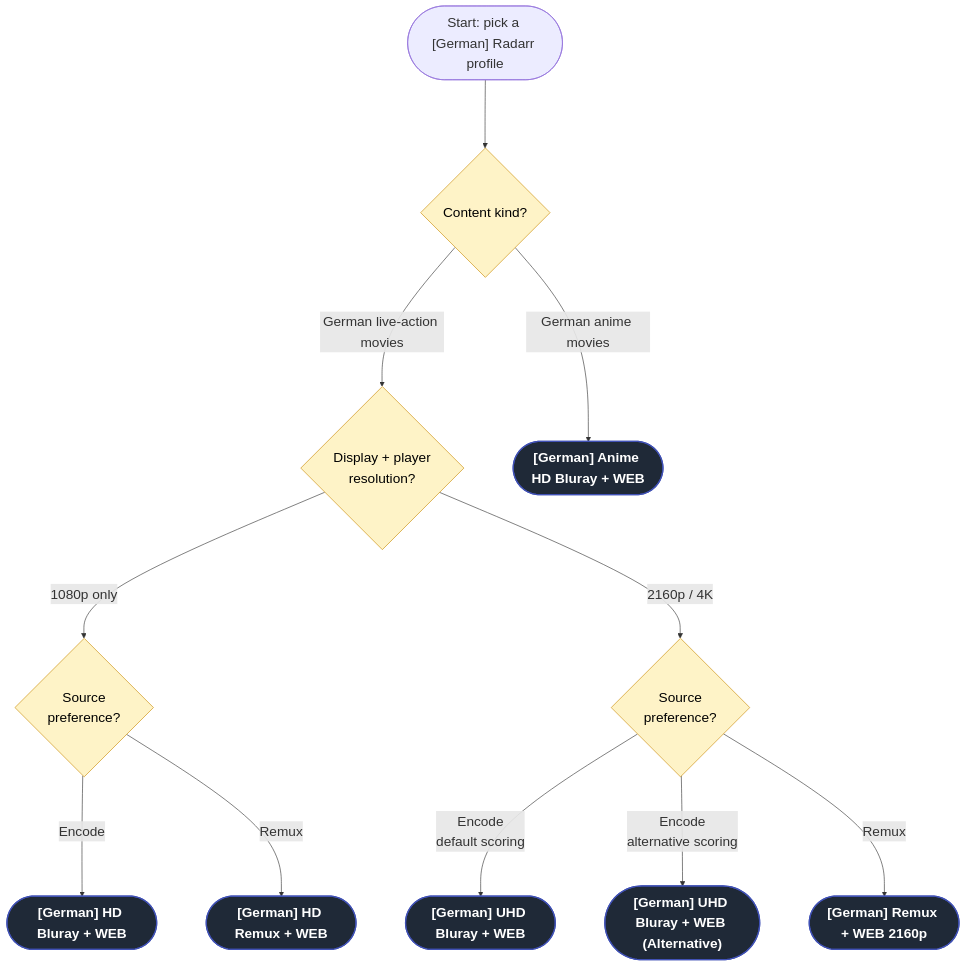
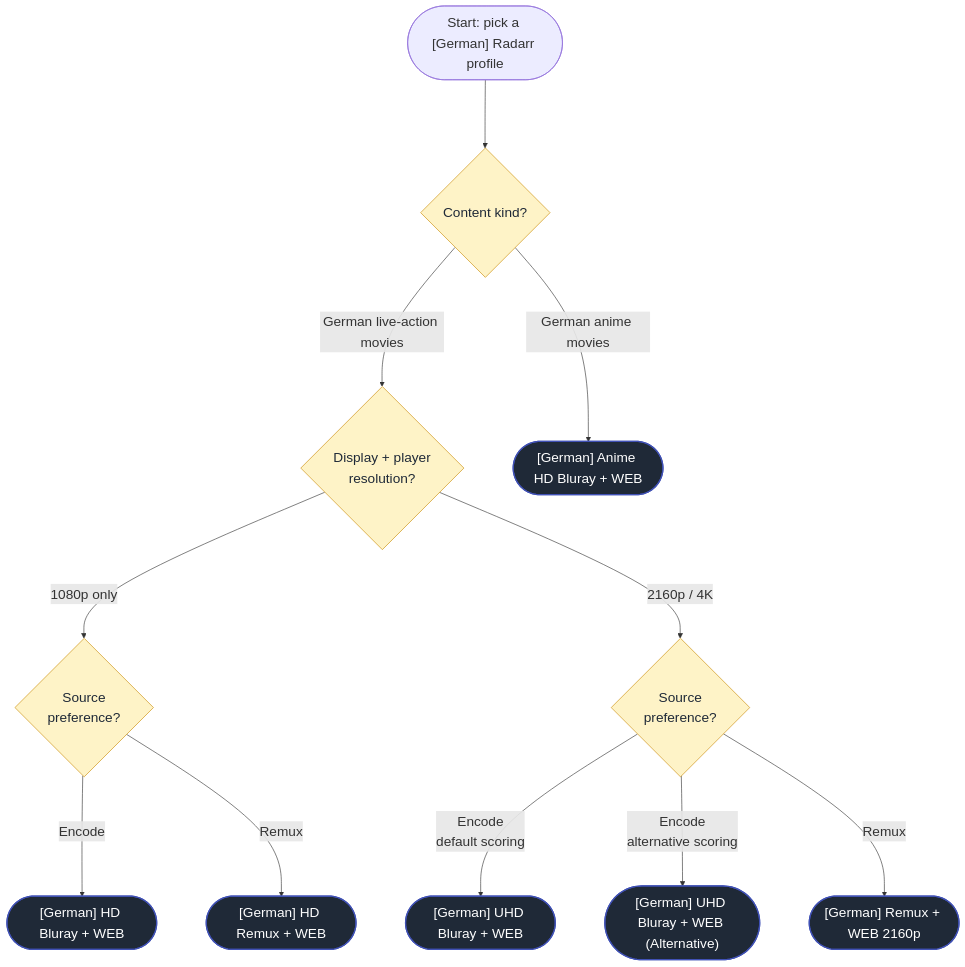
The diagram in includes/starr/_pick-a-profile-chart-radarr-german.md (TRaSH-Guides/Guides), drawn with Mermaid before and after one commit. The commit also changed 12 other files, not shown here.

Commit message:
fix(starr): Fix flowchart text contrast and overflow, collapse inline charts

````diff
--- a/includes/starr/_pick-a-profile-chart-radarr-german.md
+++ b/includes/starr/_pick-a-profile-chart-radarr-german.md
@@ -2,20 +2,20 @@
 ```mermaid
 %%{init: {"flowchart": {"useMaxWidth": false, "htmlLabels": true, "curve": "basis", "nodeSpacing": 80, "rankSpacing": 110, "padding": 20}, "themeVariables": {"fontSize": "22px"}}}%%
 flowchart TD
-    START(["Start: pick a [German] Radarr profile"]) --> KIND{Content kind?}
-    KIND -->|German live-action movies| RES{Display + player<br/>resolution?}
-    KIND -->|German anime movies| P_ANIME(["[German] Anime HD Bluray + WEB"])
+    START(["Start: pick a [German] Radarr profile"]) --> KIND{"<span style='color:#1f2937'>Content kind?</span>"}
+    KIND -->|German live-action movies| RES{"<span style='color:#1f2937'>Display + player<br/>resolution?</span>"}
+    KIND -->|German anime movies| P_ANIME(["<span style='color:#fff'>[German] Anime HD Bluray + WEB</span>"])
 
-    RES -->|1080p only| HD_SRC{Source<br/>preference?}
-    HD_SRC -->|Encode| P_DE_HD(["[German] HD Bluray + WEB"])
-    HD_SRC -->|Remux| P_DE_HDR(["[German] HD Remux + WEB"])
-    RES -->|2160p / 4K| UHD_SRC{Source<br/>preference?}
-    UHD_SRC -->|Encode<br/>default scoring| P_DE_UHD(["[German] UHD Bluray + WEB"])
-    UHD_SRC -->|Encode<br/>alternative scoring| P_DE_UHD_ALT(["[German] UHD Bluray + WEB (Alternative)"])
-    UHD_SRC -->|Remux| P_DE_UHDR(["[German] Remux + WEB 2160p"])
+    RES -->|1080p only| HD_SRC{"<span style='color:#1f2937'>Source<br/>preference?</span>"}
+    HD_SRC -->|Encode| P_DE_HD(["<span style='color:#fff'>[German] HD Bluray + WEB</span>"])
+    HD_SRC -->|Remux| P_DE_HDR(["<span style='color:#fff'>[German] HD Remux + WEB</span>"])
+    RES -->|2160p / 4K| UHD_SRC{"<span style='color:#1f2937'>Source<br/>preference?</span>"}
+    UHD_SRC -->|Encode<br/>default scoring| P_DE_UHD(["<span style='color:#fff'>[German] UHD Bluray + WEB</span>"])
+    UHD_SRC -->|Encode<br/>alternative scoring| P_DE_UHD_ALT(["<span style='color:#fff'>[German] UHD Bluray + WEB (Alternative)</span>"])
+    UHD_SRC -->|Remux| P_DE_UHDR(["<span style='color:#fff'>[German] Remux + WEB 2160p</span>"])
 
-    classDef leaf fill:#1f2937,stroke:#4051B5,stroke-width:2px,color:#fff,font-weight:bold;
-    classDef decision fill:#fef3c7,stroke:#ca8a04,color:#000;
+    classDef leaf fill:#1f2937,stroke:#4051B5,stroke-width:2px,color:#fff;
+    classDef decision fill:#fef3c7,stroke:#ca8a04,color:#1f2937;
     class P_ANIME,P_DE_HD,P_DE_HDR,P_DE_UHD,P_DE_UHD_ALT,P_DE_UHDR leaf;
     class KIND,RES,HD_SRC,UHD_SRC decision;
 ```
````
